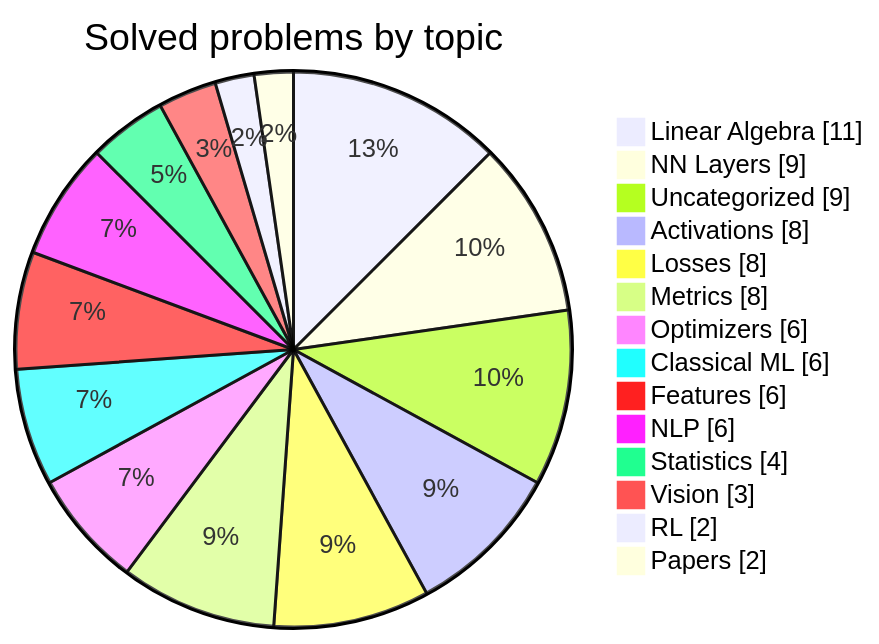
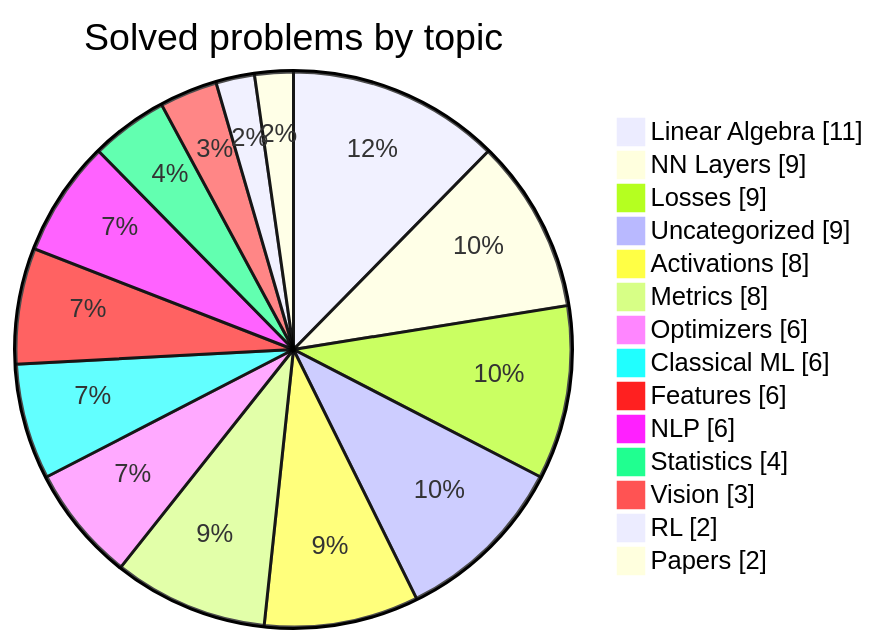
One commit to HarryTrn/TensorTonic-Solutions changed the second of 2 diagrams in README.md. Above: the diagram before and after it, drawn with Mermaid. The commit also changed other lines of this file, not shown here.

````diff
--- a/README.md
+++ b/README.md
@@ -74,18 +74,18 @@
 ```mermaid
 pie showData
     title Solved problems by topic
     "Linear Algebra" : 11
     "NN Layers" : 9
+    "Losses" : 9
     "Uncategorized" : 9
     "Activations" : 8
-    "Losses" : 8
     "Metrics" : 8
     "Optimizers" : 6
     "Classical ML" : 6
     "Features" : 6
     "NLP" : 6
     "Statistics" : 4
     "Vision" : 3
     "RL" : 2
     "Papers" : 2
 ```
````
